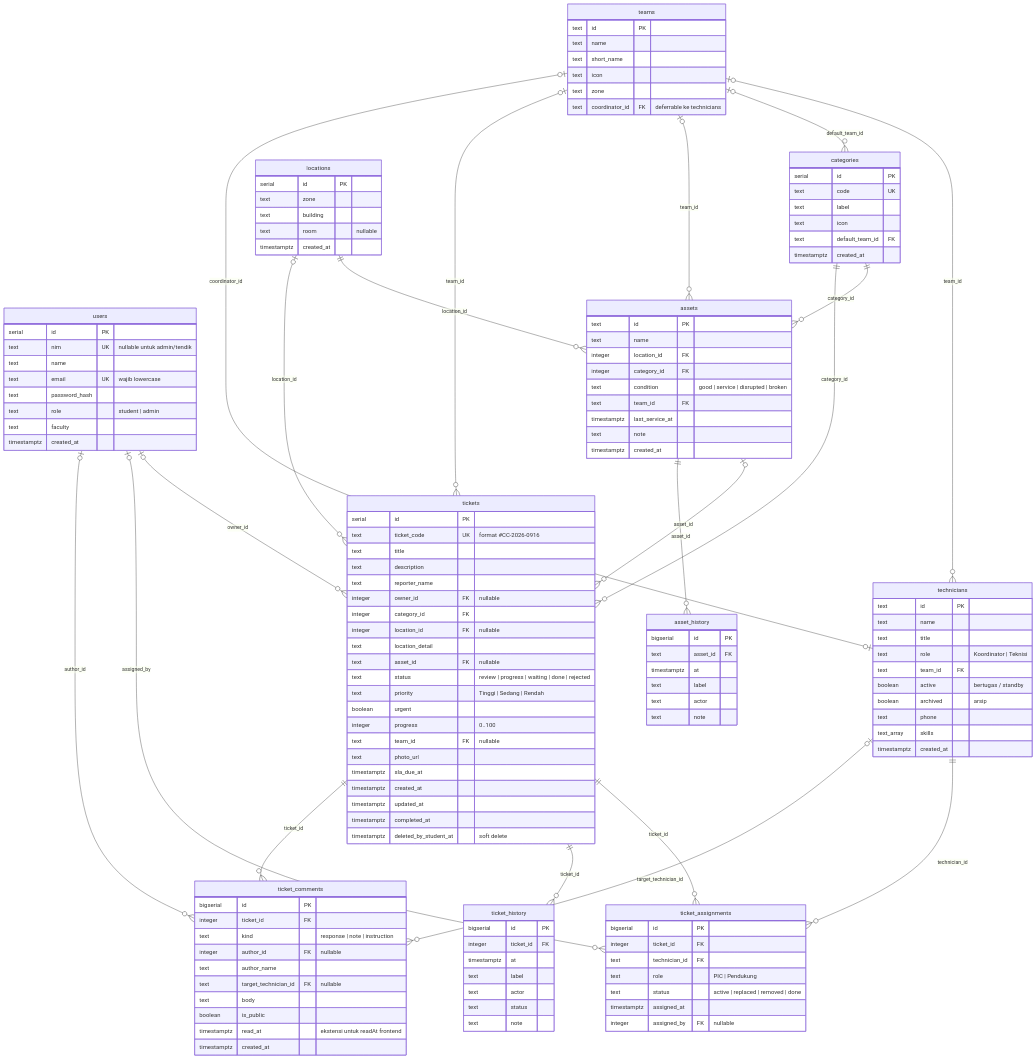
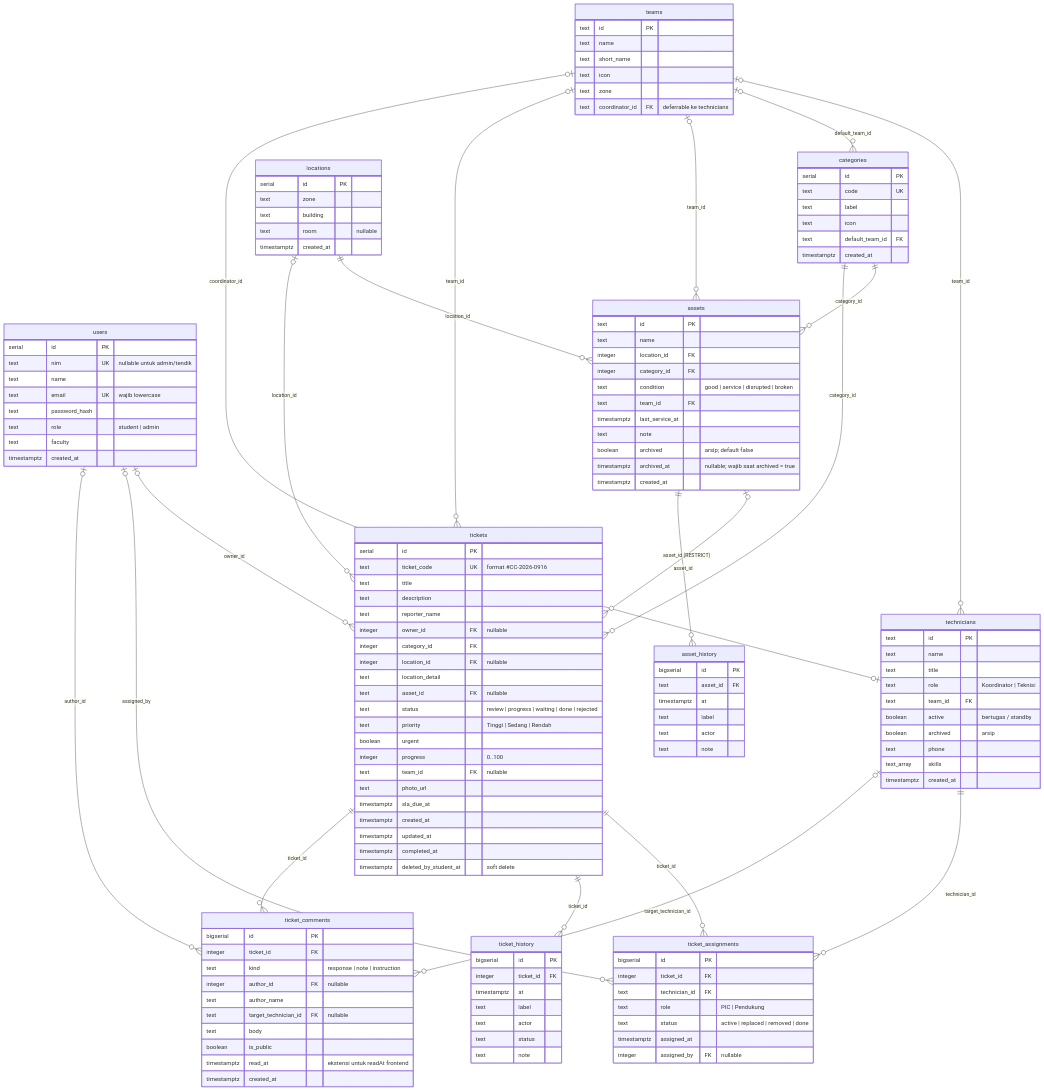
One commit to zaskiajd/UAS-Komputasi-Awan changed the diagram in docs/ERD.md. Above: the diagram before and after it, drawn with Mermaid. The commit also changed other lines of this file and 6 other files, not shown here.

```diff
--- a/docs/ERD.md
+++ b/docs/ERD.md
@@ -66,6 +66,8 @@
         text team_id FK
         timestamptz last_service_at
         text note
+        boolean archived "arsip; default false"
+        timestamptz archived_at "nullable; wajib saat archived = true"
         timestamptz created_at
     }
 
@@ -151,7 +153,7 @@
     locations ||--o{ assets : "location_id"
     locations o|--o{ tickets : "location_id"
 
-    assets o|--o{ tickets : "asset_id"
+    assets o|--o{ tickets : "asset_id (RESTRICT)"
     assets ||--o{ asset_history : "asset_id"
 
     tickets ||--o{ ticket_assignments : "ticket_id"
```
